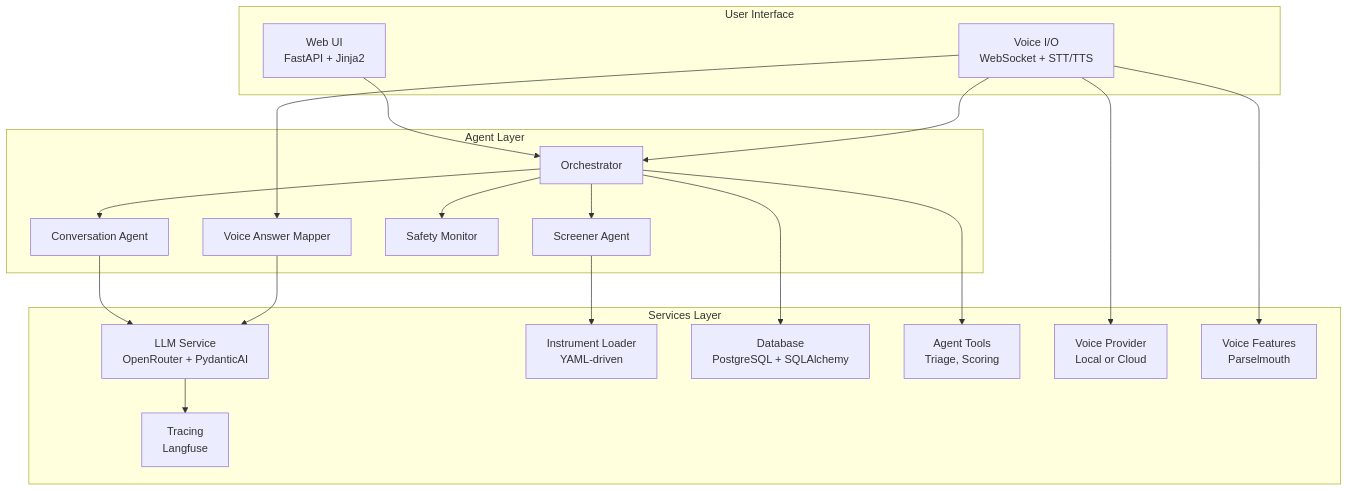
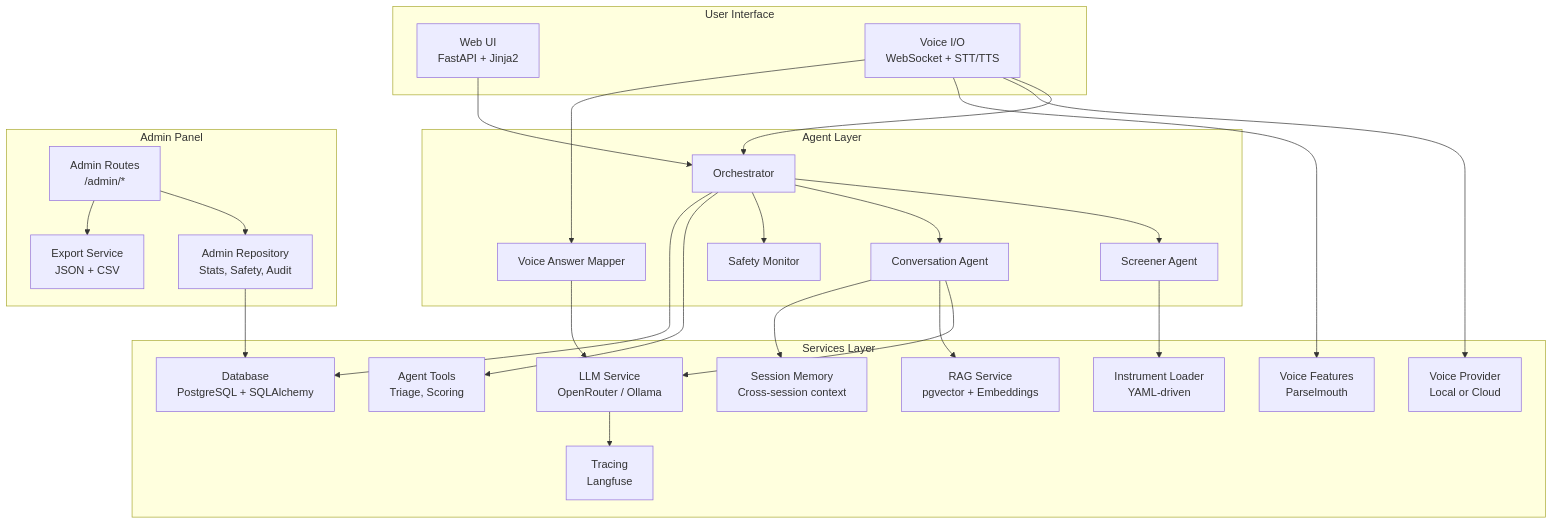
One commit to bodharma/talker changed the first of 11 diagrams in docs/architecture.md. Above: the diagram before and after it, drawn with Mermaid. The commit also changed other lines of this file and 25 other files, not shown here.

First line of the commit message:
feat: Phase 3 complete — admin panel, Ollama fallback, session memory, data export

````diff
--- a/docs/architecture.md
+++ b/docs/architecture.md
@@ -16,40 +16,53 @@
 ```mermaid
 graph TB
     subgraph "User Interface"
         WEB["Web UI<br/>FastAPI + Jinja2"]
         VOICE["Voice I/O<br/>WebSocket + STT/TTS"]
     end
 
     subgraph "Agent Layer"
         ORCH["Orchestrator"]
         SCREEN["Screener Agent"]
         CONV["Conversation Agent"]
         SAFETY["Safety Monitor"]
         MAPPER["Voice Answer Mapper"]
     end
 
     subgraph "Services Layer"
-        LLM["LLM Service<br/>OpenRouter + PydanticAI"]
+        LLM["LLM Service<br/>OpenRouter / Ollama"]
         TRACE["Tracing<br/>Langfuse"]
         INSTR["Instrument Loader<br/>YAML-driven"]
         DB["Database<br/>PostgreSQL + SQLAlchemy"]
         TOOLS["Agent Tools<br/>Triage, Scoring"]
         VPROV["Voice Provider<br/>Local or Cloud"]
         VFEAT["Voice Features<br/>Parselmouth"]
+        RAG["RAG Service<br/>pgvector + Embeddings"]
+        SMEM["Session Memory<br/>Cross-session context"]
+    end
+
+    subgraph "Admin Panel"
+        ADMIN["Admin Routes<br/>/admin/*"]
+        AREPO["Admin Repository<br/>Stats, Safety, Audit"]
+        EXPORT["Export Service<br/>JSON + CSV"]
     end
 
     WEB --> ORCH
     VOICE --> ORCH
     ORCH --> SCREEN
     ORCH --> CONV
     ORCH --> SAFETY
     ORCH --> TOOLS
     SCREEN --> INSTR
     CONV --> LLM
+    CONV --> RAG
+    CONV --> SMEM
     LLM --> TRACE
     ORCH --> DB
     VOICE --> VPROV
     VOICE --> VFEAT
     VOICE --> MAPPER
     MAPPER --> LLM
+    ADMIN --> AREPO
+    ADMIN --> EXPORT
+    AREPO --> DB
 ```
````
